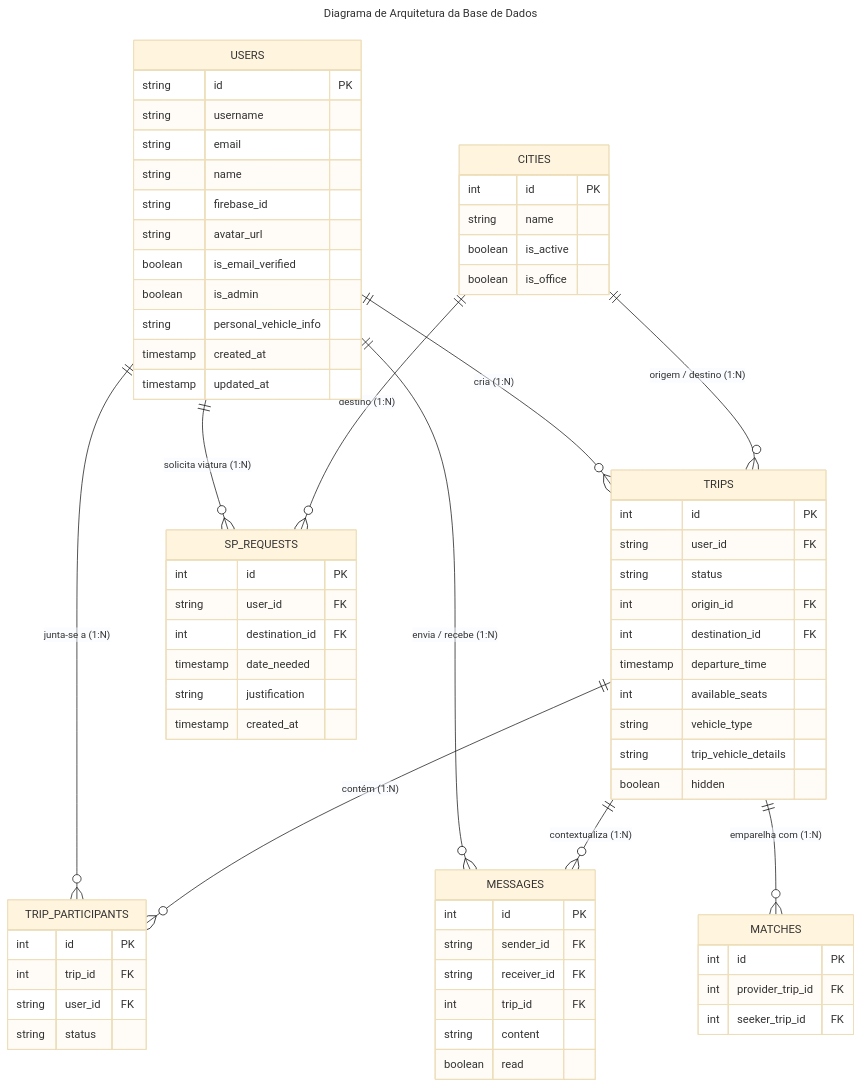
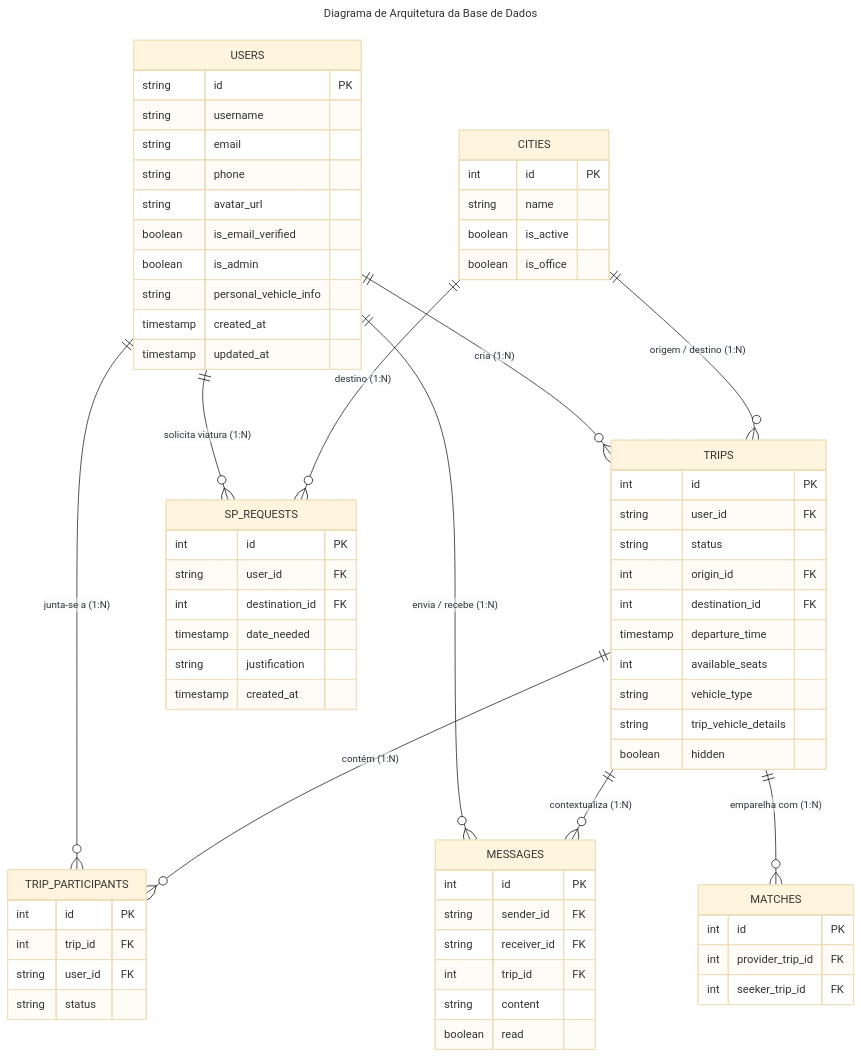
The diagram in Documentation/Diagramas/base-dados.md (joaosantos1231209/Road-Buddies), drawn with Mermaid (base theme) before and after one commit. The commit also changed 1 other file, not shown here.

```diff
--- a/Documentation/Diagramas/base-dados.md
+++ b/Documentation/Diagramas/base-dados.md
@@ -8,8 +8,7 @@
         string id PK
         string username
         string email
-        string name
-        string firebase_id
+        string phone
         string avatar_url
         boolean is_email_verified
         boolean is_admin
```
